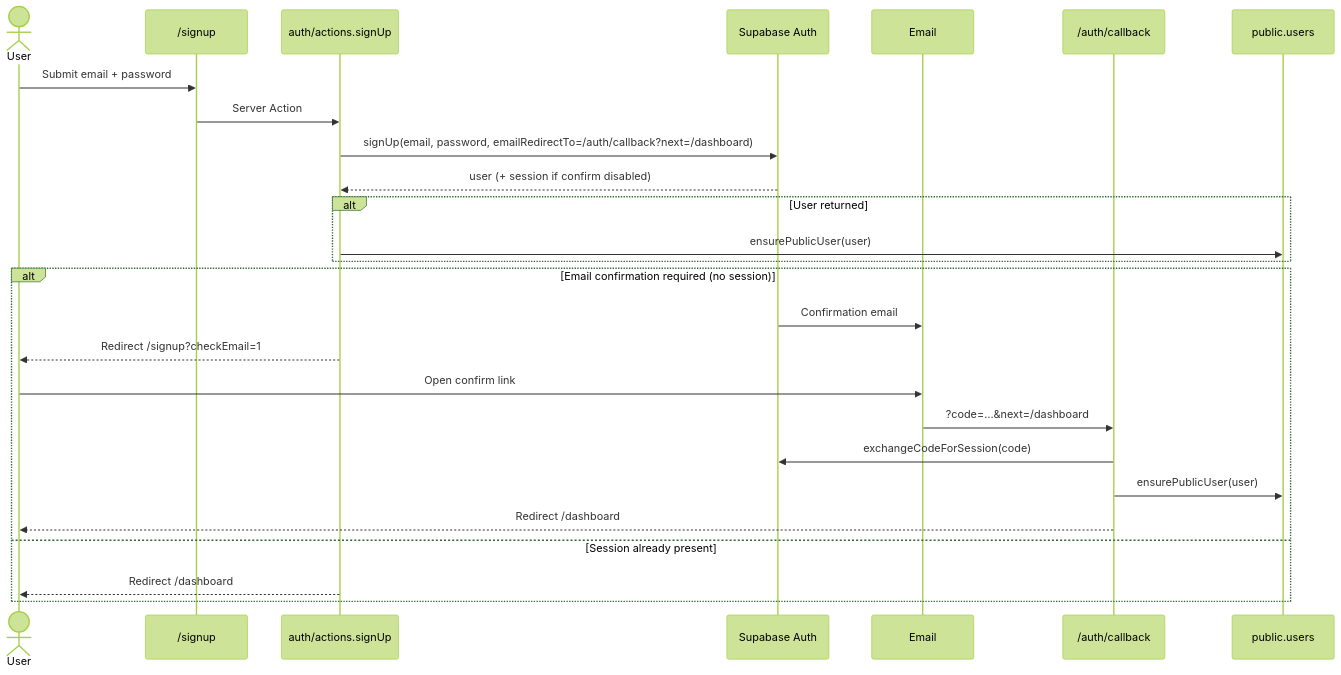
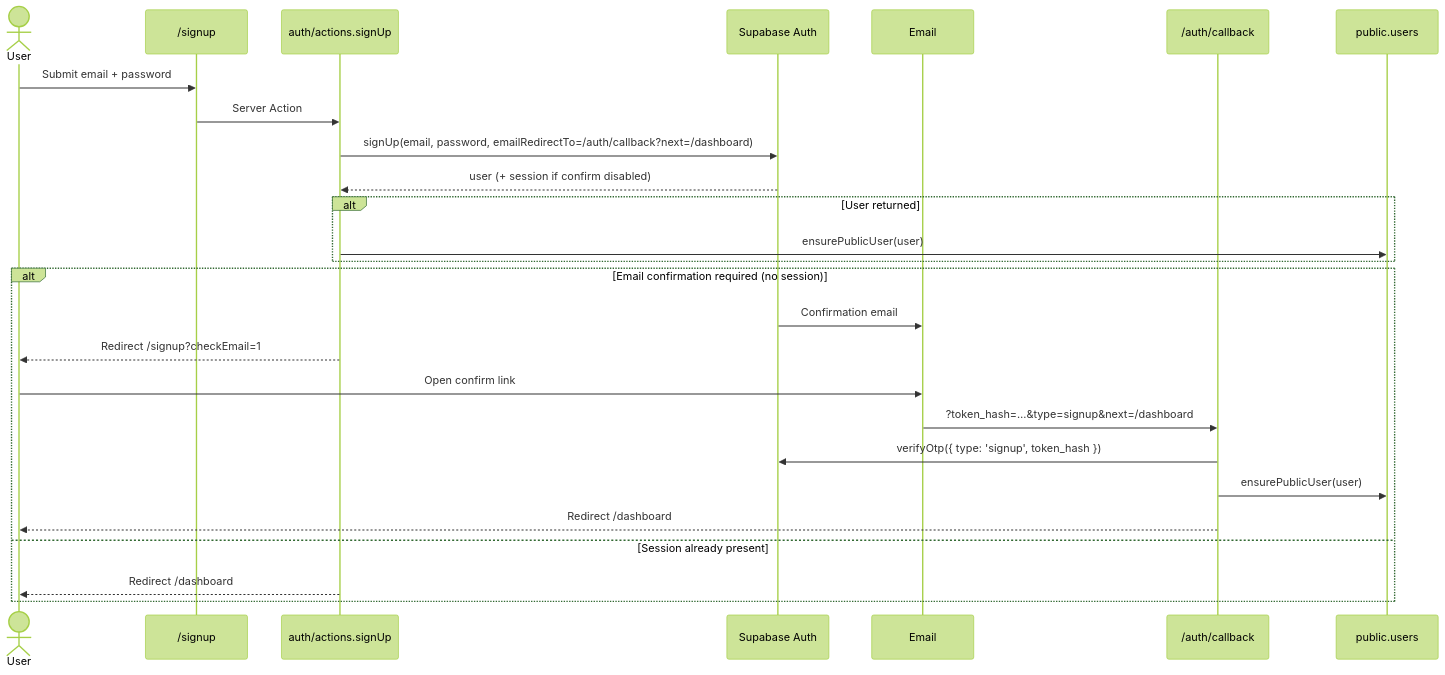
The second of 8 diagrams in docs/auth/AUTHENTICATION.md (lizardkingLK/alice), drawn with Mermaid (forest theme) before and after one commit. The commit also changed other lines of this file and 4 other files, not shown here.

````diff
--- a/docs/auth/AUTHENTICATION.md
+++ b/docs/auth/AUTHENTICATION.md
@@ -85,29 +85,29 @@
 ```mermaid
 sequenceDiagram
   actor U as User
   participant Signup as /signup
   participant Actions as auth/actions.signUp
   participant Auth as Supabase Auth
   participant Mail as Email
   participant CB as /auth/callback
   participant DB as public.users
 
   U->>Signup: Submit email + password
   Signup->>Actions: Server Action
   Actions->>Auth: signUp(email, password, emailRedirectTo=/auth/callback?next=/dashboard)
   Auth-->>Actions: user (+ session if confirm disabled)
   alt User returned
     Actions->>DB: ensurePublicUser(user)
   end
   alt Email confirmation required (no session)
     Auth->>Mail: Confirmation email
     Actions-->>U: Redirect /signup?checkEmail=1
     U->>Mail: Open confirm link
-    Mail->>CB: ?code=…&next=/dashboard
-    CB->>Auth: exchangeCodeForSession(code)
+    Mail->>CB: ?token_hash=…&type=signup&next=/dashboard
+    CB->>Auth: verifyOtp({ type: 'signup', token_hash })
     CB->>DB: ensurePublicUser(user)
     CB-->>U: Redirect /dashboard
   else Session already present
     Actions-->>U: Redirect /dashboard
   end
 ```
````
